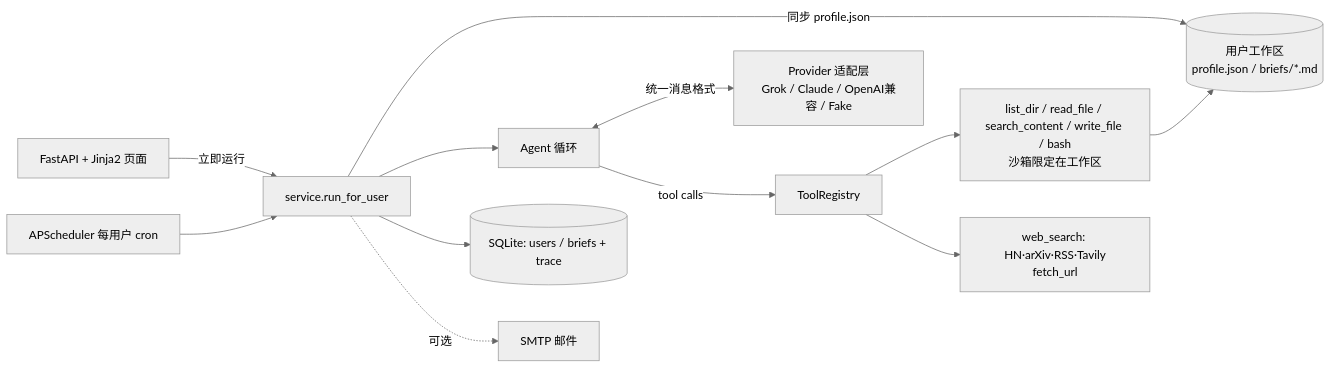
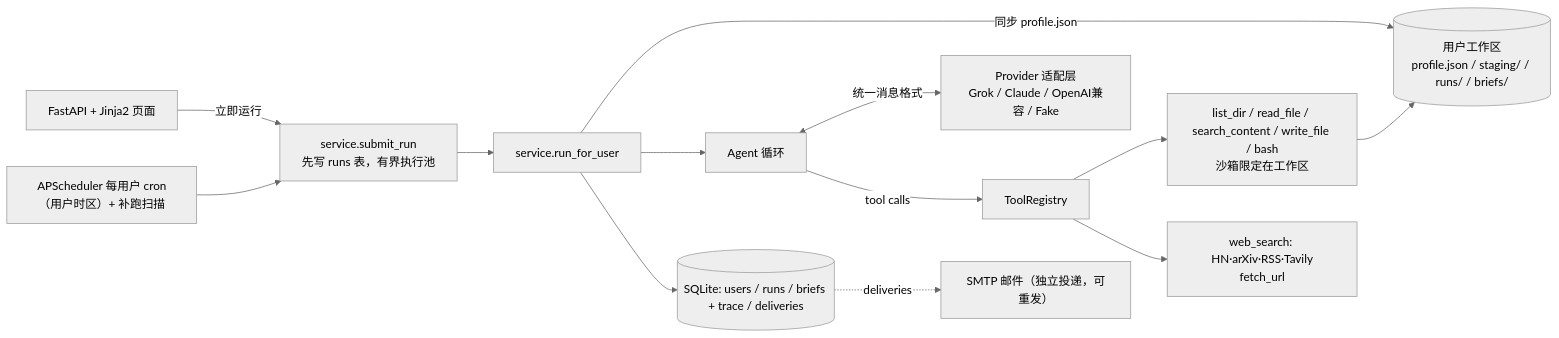
Before and after one commit to kayzenline/ai-news-agent: the diagram in README.md, drawn with Mermaid (neutral theme). The commit also changed other lines of this file and 1 other file, not shown here.

````diff
--- a/README.md
+++ b/README.md
@@ -30,14 +32,15 @@
 ```mermaid
 flowchart LR
-  UI[FastAPI + Jinja2 页面] -->|立即运行| SVC[service.run_for_user]
-  SCH[APScheduler 每用户 cron] --> SVC
-  SVC -->|同步 profile.json| WS[(用户工作区<br/>profile.json / briefs/*.md)]
+  UI[FastAPI + Jinja2 页面] -->|立即运行| SUB[service.submit_run<br/>先写 runs 表，有界执行池]
+  SCH[APScheduler 每用户 cron（用户时区）+ 补跑扫描] --> SUB
+  SUB --> SVC[service.run_for_user]
+  SVC -->|同步 profile.json| WS[(用户工作区<br/>profile.json / staging/ / runs/ / briefs/)]
   SVC --> AG[Agent 循环]
   AG <-->|统一消息格式| AD[Provider 适配层<br/>Grok / Claude / OpenAI兼容 / Fake]
   AG -->|tool calls| REG[ToolRegistry]
   REG --> FS[list_dir / read_file / search_content / write_file / bash<br/>沙箱限定在工作区]
   REG --> NEWS[web_search: HN·arXiv·RSS·Tavily<br/>fetch_url]
   FS --> WS
-  SVC --> DB[(SQLite: users / briefs + trace)]
-  SVC -.可选.-> MAIL[SMTP 邮件]
+  SVC --> DB[(SQLite: users / runs / briefs + trace / deliveries)]
+  DB -.deliveries.-> MAIL[SMTP 邮件（独立投递，可重发）]
 ```
````
